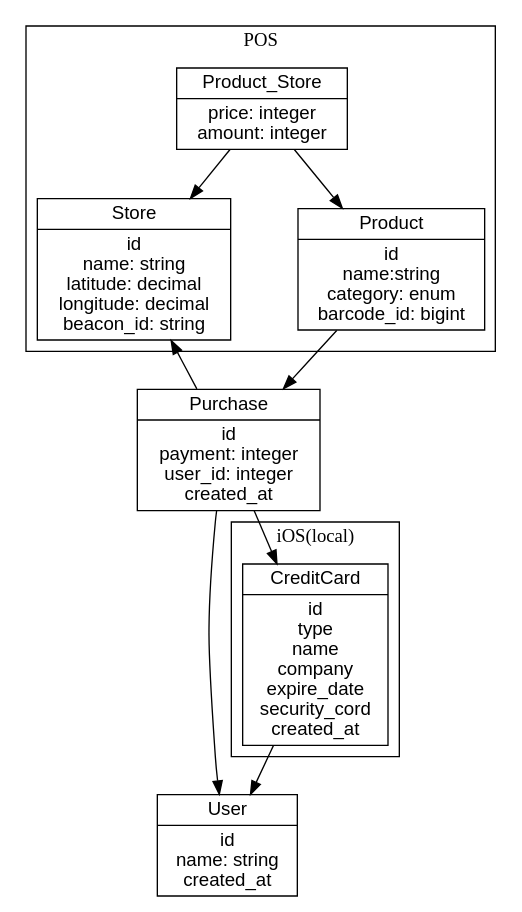
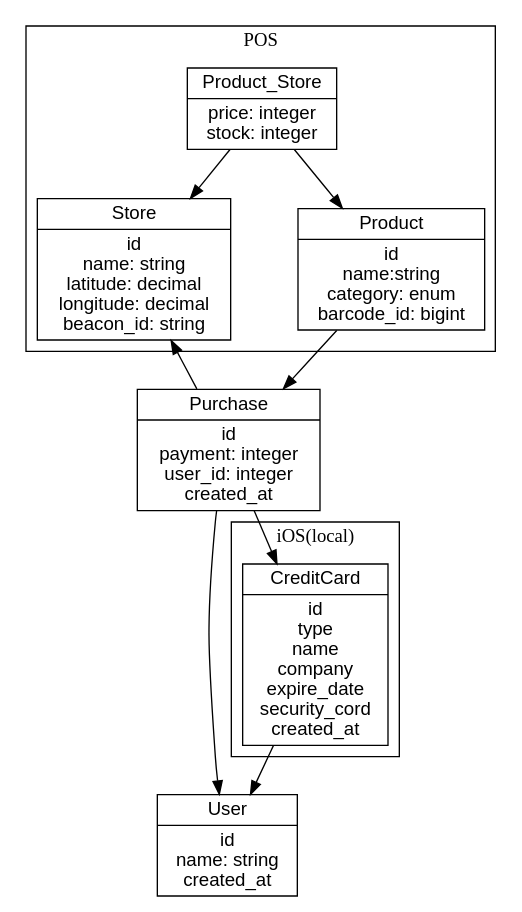
The diagram in db_schema.dot (out-of-tokyo/graphs), drawn with Graphviz before and after one commit. The commit also changed 1 other file, not shown here.

```diff
--- a/db_schema.dot
+++ b/db_schema.dot
@@ -1,29 +1,29 @@
 digraph G {
    graph [size = "14, 11"];
    graph [nodesep = 0.7];
    node [shape = record, height = 0.01,
          fontname = "Helvetica", fontsize = 14];
 
    User [label = "{User|id\nname: string\ncreated_at}"];
    Purchase [label = "{Purchase|id\npayment: integer\nuser_id: integer\ncreated_at}"];
 
    subgraph cluster_0 {
       label = "POS"
       Store [label = "{Store|id\nname: string\nlatitude: decimal\nlongitude: decimal\nbeacon_id: string}"];
       Product [label = "{Product|id\nname:string\ncategory: enum\nbarcode_id: bigint}"];
-      Product_Store [label = "{Product_Store|price: integer\namount: integer}"];
+      Product_Store [label = "{Product_Store|price: integer\nstock: integer}"];
    }
 
    subgraph cluster_1 {
       label = "iOS(local)"
       CreditCard [label = "{CreditCard|id\ntype\nname\ncompany\nexpire_date\nsecurity_cord\ncreated_at}"];
    }
 
    Purchase -> Store;
    Purchase -> User;
    Purchase -> CreditCard;
    Product_Store -> Store ;
    Product_Store -> Product ;
    Product -> Purchase;
    CreditCard -> User;
 }
```
